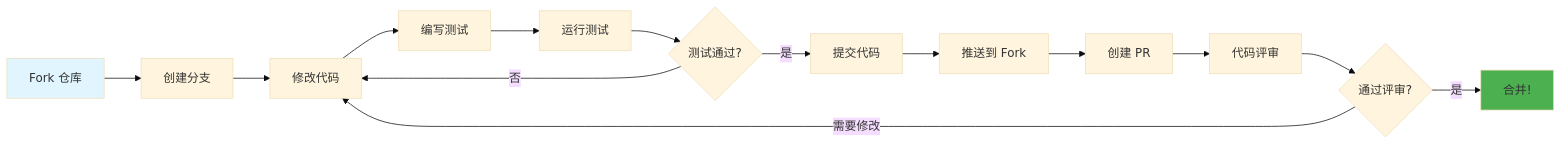
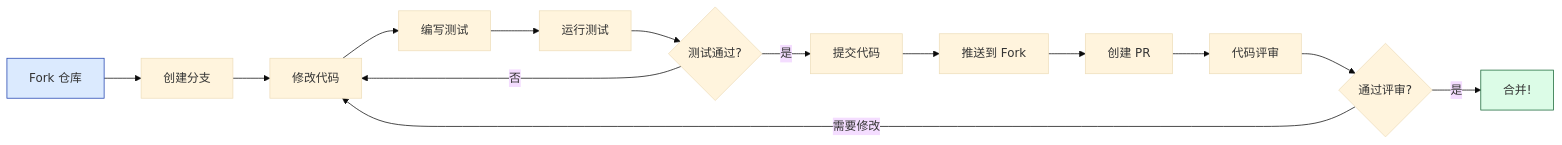
One commit to Kirky-X/confers changed the first of 2 diagrams in docs/CONTRIBUTING.md. Above: the diagram before and after it, drawn with Mermaid (base theme). The commit also changed other lines of this file and 12 other files, not shown here.

First line of the commit message:
docs: 优化文档页面视觉效果并添加 logo 图片

````diff
--- a/docs/CONTRIBUTING.md
+++ b/docs/CONTRIBUTING.md
@@ -215,19 +187,19 @@
 ```mermaid
 graph LR
     A[Fork 仓库] --> B[创建分支]
     B --> C[修改代码]
     C --> D[编写测试]
     D --> E[运行测试]
     E --> F{测试通过?}
     F -->|否| C
     F -->|是| G[提交代码]
     G --> H[推送到 Fork]
     H --> I[创建 PR]
     I --> J[代码评审]
     J --> K{通过评审?}
     K -->|需要修改| C
     K -->|是| L[合并!]
     
-    style A fill:#e1f5ff
-    style L fill:#4caf50
+    style A fill:#DBEAFE,stroke:#1E40AF
+    style L fill:#DCFCE7,stroke:#166534
 ```
````
